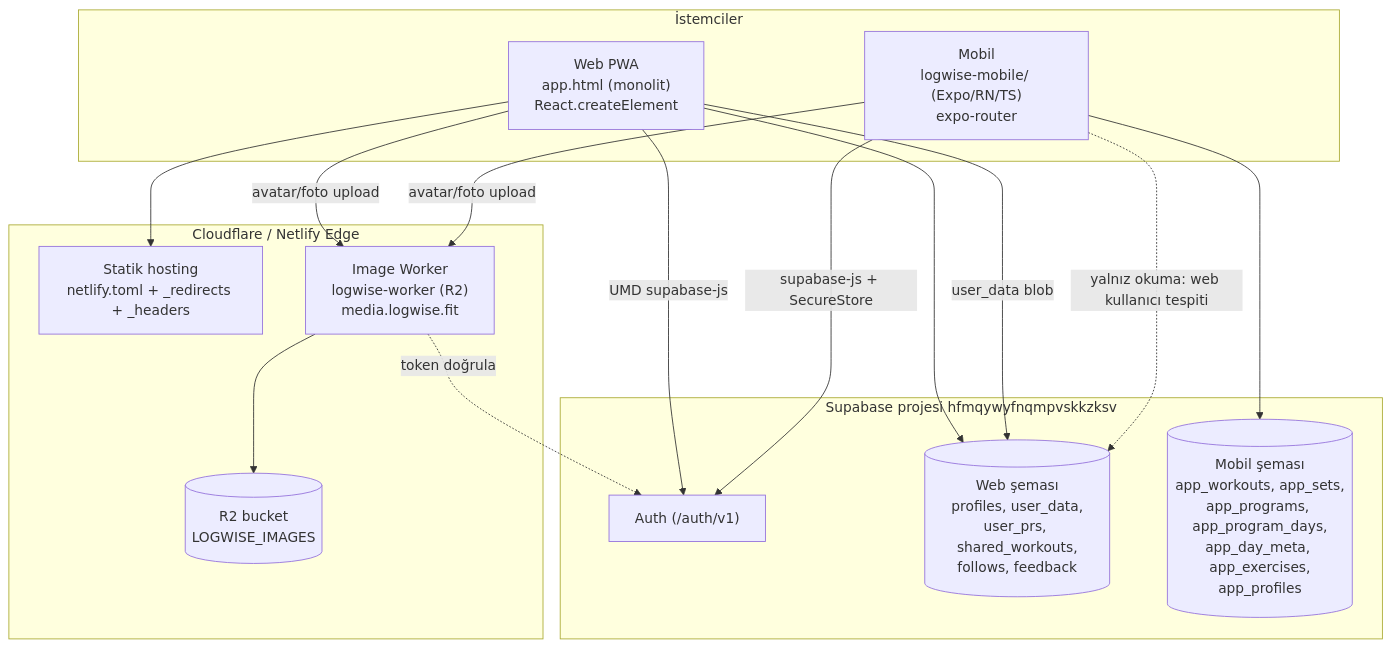
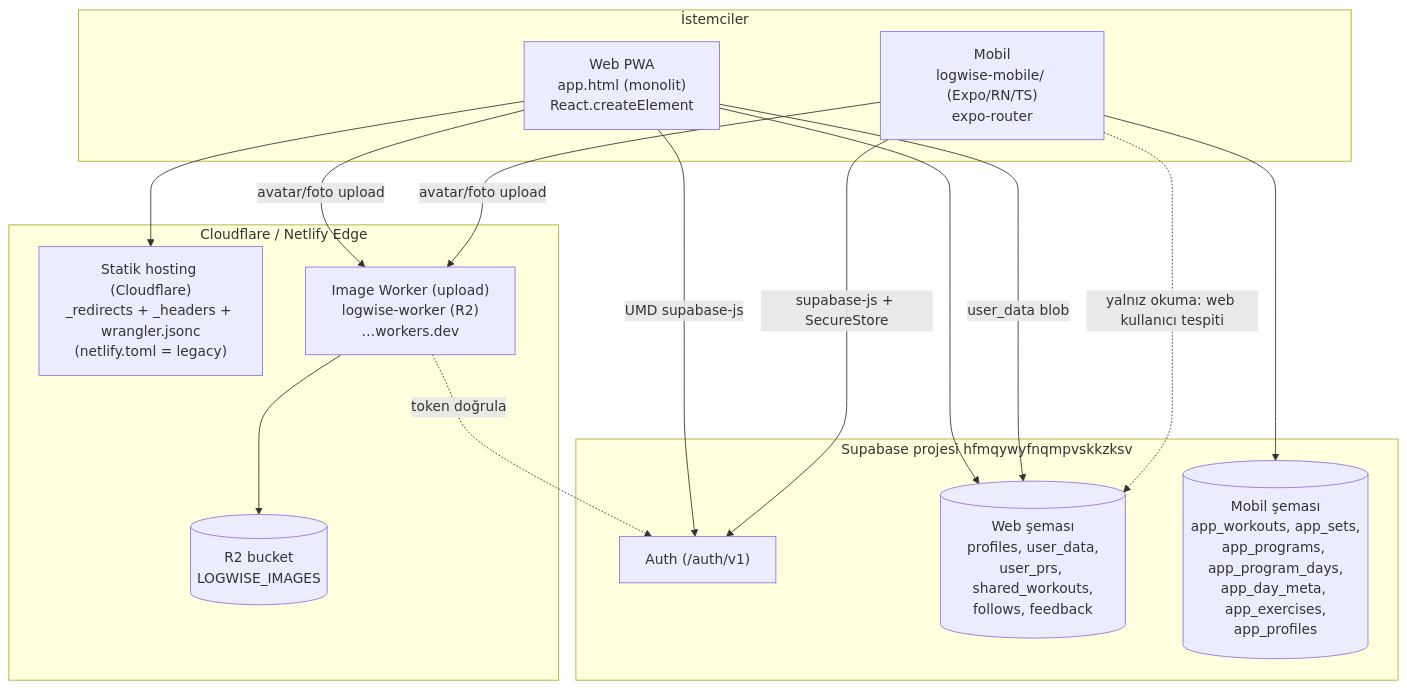
One commit to Ali-Colak06/LogWise changed the first of 4 diagrams in docs/project-understanding/02-SYSTEM-ARCHITECTURE.md. Above: the diagram before and after it, drawn with Mermaid. The commit also changed other lines of this file and 11 other files, not shown here.

Commit message:
docs: correct LogWise architecture audit findings

````diff
--- a/docs/project-understanding/02-SYSTEM-ARCHITECTURE.md
+++ b/docs/project-understanding/02-SYSTEM-ARCHITECTURE.md
@@ -10,31 +10,31 @@
 ```mermaid
 flowchart TB
     subgraph Clients["İstemciler"]
         WEB["Web PWA<br/>app.html (monolit)<br/>React.createElement"]
         MOB["Mobil<br/>logwise-mobile/ (Expo/RN/TS)<br/>expo-router"]
     end
 
     subgraph Edge["Cloudflare / Netlify Edge"]
-        STATIC["Statik hosting<br/>netlify.toml + _redirects + _headers"]
-        WORKER["Image Worker<br/>logwise-worker (R2)<br/>media.logwise.fit"]
+        STATIC["Statik hosting (Cloudflare)<br/>_redirects + _headers + wrangler.jsonc<br/>(netlify.toml = legacy)"]
+        WORKER["Image Worker (upload)<br/>logwise-worker (R2)<br/>…workers.dev"]
         R2[("R2 bucket<br/>LOGWISE_IMAGES")]
     end
 
     subgraph Supabase["Supabase projesi hfmqywyfnqmpvskkzksv"]
         AUTH["Auth (/auth/v1)"]
         WEBTBL[("Web şeması<br/>profiles, user_data,<br/>user_prs, shared_workouts,<br/>follows, feedback")]
         APPTBL[("Mobil şeması<br/>app_workouts, app_sets,<br/>app_programs, app_program_days,<br/>app_day_meta, app_exercises,<br/>app_profiles")]
     end
 
     WEB -->|UMD supabase-js| AUTH
     WEB --> WEBTBL
     WEB -->|user_data blob| WEBTBL
     MOB -->|supabase-js + SecureStore| AUTH
     MOB --> APPTBL
     MOB -. "yalnız okuma: web kullanıcı tespiti" .-> WEBTBL
     WEB --> STATIC
     WEB -->|avatar/foto upload| WORKER
     MOB -->|avatar/foto upload| WORKER
     WORKER --> R2
     WORKER -. "token doğrula" .-> AUTH
 ```
````
